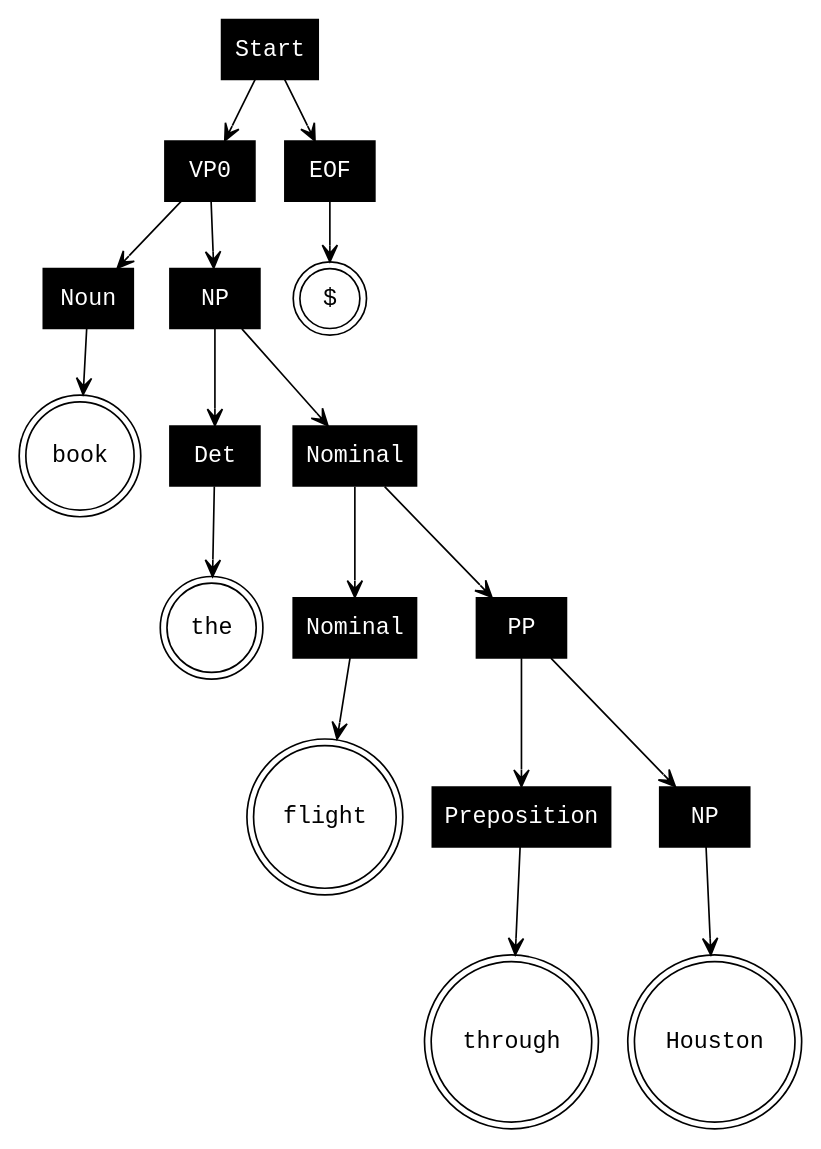
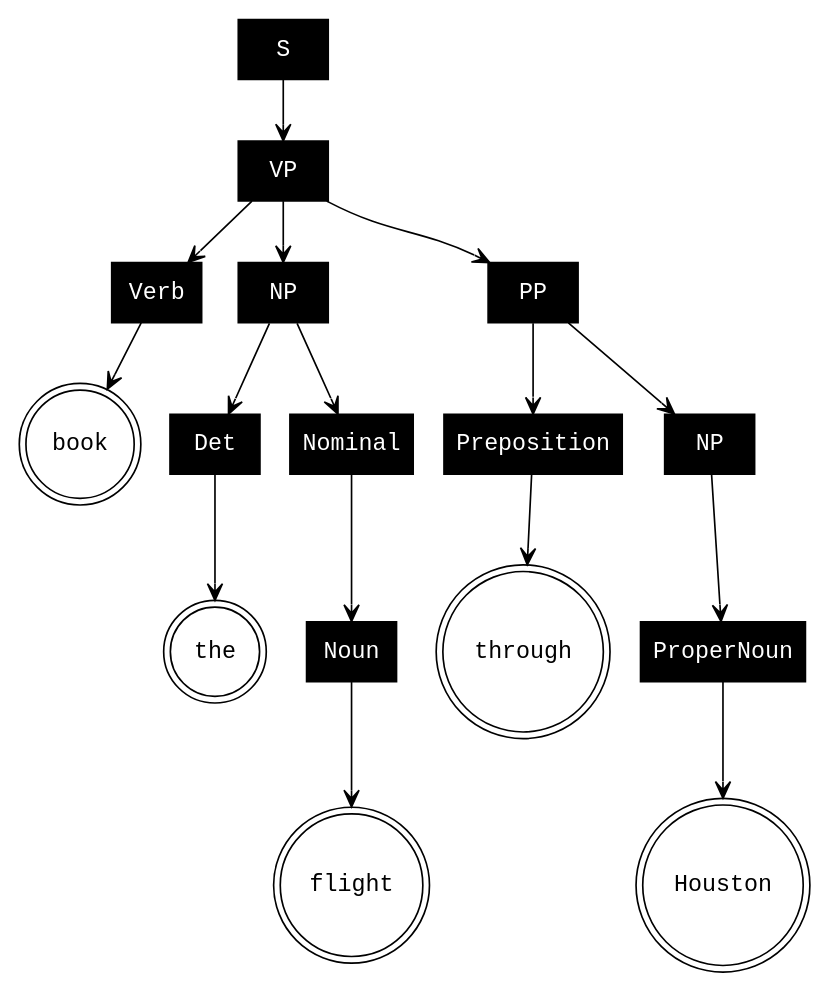
The diagram in graphs/tree.dot (erastus-murungi/parsers), drawn with Graphviz before and after one commit. The commit also changed 321 other files, not shown here.

```diff
--- a/graphs/tree.dot
+++ b/graphs/tree.dot
@@ -1,52 +1,49 @@
 digraph G {  graph [fontname = "Courier New", engine="sfdp"];
  node [fontname = "Courier", style = rounded];
  edge [fontname = "Courier"];
-4459339904:from_false -> 4459220480:from_node [arrowhead=vee] 
-4459220480:from_false -> 4458934400:from_node [arrowhead=vee] 
-4458934400:from_false -> 4459169040:from_node [arrowhead=vee] 
-4459220480:from_false -> 4459229056:from_node [arrowhead=vee] 
-4459229056:from_false -> 4459170944:from_node [arrowhead=vee] 
-4459170944:from_false -> 4459178192:from_node [arrowhead=vee] 
-4459229056:from_false -> 4459171968:from_node [arrowhead=vee] 
-4459171968:from_false -> 4459182272:from_node [arrowhead=vee] 
-4459182272:from_false -> 4459171728:from_node [arrowhead=vee] 
-4459171968:from_false -> 4459182144:from_node [arrowhead=vee] 
-4459182144:from_false -> 4459181504:from_node [arrowhead=vee] 
-4459181504:from_false -> 4459177808:from_node [arrowhead=vee] 
-4459182144:from_false -> 4459183936:from_node [arrowhead=vee] 
-4459183936:from_false -> 4459180496:from_node [arrowhead=vee] 
-4459339904:from_false -> 4458923968:from_node [arrowhead=vee] 
-4458923968:from_false -> 4459179856:from_node [arrowhead=vee] 
-   4459339904 [shape=record, style=filled, fillcolor=black, fontcolor=white, label="Start"];
-   4459220480 [shape=record, style=filled, fillcolor=black, fontcolor=white, label="VP0"];
-   4459220480 [shape=record, style=filled, fillcolor=black, fontcolor=white, label="VP0"];
-   4458934400 [shape=record, style=filled, fillcolor=black, fontcolor=white, label="Noun"];
-   4458934400 [shape=record, style=filled, fillcolor=black, fontcolor=white, label="Noun"];
-   4459169040 [shape=doublecircle, style=filled, fillcolor=white, fontcolor=black, label="book"];
-   4459220480 [shape=record, style=filled, fillcolor=black, fontcolor=white, label="VP0"];
-   4459229056 [shape=record, style=filled, fillcolor=black, fontcolor=white, label="NP"];
-   4459229056 [shape=record, style=filled, fillcolor=black, fontcolor=white, label="NP"];
-   4459170944 [shape=record, style=filled, fillcolor=black, fontcolor=white, label="Det"];
-   4459170944 [shape=record, style=filled, fillcolor=black, fontcolor=white, label="Det"];
-   4459178192 [shape=doublecircle, style=filled, fillcolor=white, fontcolor=black, label="the"];
-   4459229056 [shape=record, style=filled, fillcolor=black, fontcolor=white, label="NP"];
-   4459171968 [shape=record, style=filled, fillcolor=black, fontcolor=white, label="Nominal"];
-   4459171968 [shape=record, style=filled, fillcolor=black, fontcolor=white, label="Nominal"];
-   4459182272 [shape=record, style=filled, fillcolor=black, fontcolor=white, label="Nominal"];
-   4459182272 [shape=record, style=filled, fillcolor=black, fontcolor=white, label="Nominal"];
-   4459171728 [shape=doublecircle, style=filled, fillcolor=white, fontcolor=black, label="flight"];
-   4459171968 [shape=record, style=filled, fillcolor=black, fontcolor=white, label="Nominal"];
-   4459182144 [shape=record, style=filled, fillcolor=black, fontcolor=white, label="PP"];
-   4459182144 [shape=record, style=filled, fillcolor=black, fontcolor=white, label="PP"];
-   4459181504 [shape=record, style=filled, fillcolor=black, fontcolor=white, label="Preposition"];
-   4459181504 [shape=record, style=filled, fillcolor=black, fontcolor=white, label="Preposition"];
-   4459177808 [shape=doublecircle, style=filled, fillcolor=white, fontcolor=black, label="through"];
-   4459182144 [shape=record, style=filled, fillcolor=black, fontcolor=white, label="PP"];
-   4459183936 [shape=record, style=filled, fillcolor=black, fontcolor=white, label="NP"];
-   4459183936 [shape=record, style=filled, fillcolor=black, fontcolor=white, label="NP"];
-   4459180496 [shape=doublecircle, style=filled, fillcolor=white, fontcolor=black, label="Houston"];
-   4459339904 [shape=record, style=filled, fillcolor=black, fontcolor=white, label="Start"];
-   4458923968 [shape=record, style=filled, fillcolor=black, fontcolor=white, label="EOF"];
-   4458923968 [shape=record, style=filled, fillcolor=black, fontcolor=white, label="EOF"];
-   4459179856 [shape=doublecircle, style=filled, fillcolor=white, fontcolor=black, label="$"];
+4565149824:from_false -> 4565148736:from_node [arrowhead=vee] 
+4565148736:from_false -> 4565148992:from_node [arrowhead=vee] 
+4565148992:from_false -> 4561530832:from_node [arrowhead=vee] 
+4565148736:from_false -> 4565149056:from_node [arrowhead=vee] 
+4565149056:from_false -> 4565148928:from_node [arrowhead=vee] 
+4565148928:from_false -> 4564072080:from_node [arrowhead=vee] 
+4565149056:from_false -> 4565150592:from_node [arrowhead=vee] 
+4565150592:from_false -> 4565149120:from_node [arrowhead=vee] 
+4565149120:from_false -> 4564072016:from_node [arrowhead=vee] 
+4565148736:from_false -> 4565149696:from_node [arrowhead=vee] 
+4565149696:from_false -> 4565149248:from_node [arrowhead=vee] 
+4565149248:from_false -> 4564041808:from_node [arrowhead=vee] 
+4565149696:from_false -> 4565149888:from_node [arrowhead=vee] 
+4565149888:from_false -> 4565149184:from_node [arrowhead=vee] 
+4565149184:from_false -> 4563995856:from_node [arrowhead=vee] 
+   4565149824 [shape=record, style=filled, fillcolor=black, fontcolor=white, label="S"];
+   4565148736 [shape=record, style=filled, fillcolor=black, fontcolor=white, label="VP"];
+   4565148736 [shape=record, style=filled, fillcolor=black, fontcolor=white, label="VP"];
+   4565148992 [shape=record, style=filled, fillcolor=black, fontcolor=white, label="Verb"];
+   4565148992 [shape=record, style=filled, fillcolor=black, fontcolor=white, label="Verb"];
+   4561530832 [shape=doublecircle, style=filled, fillcolor=white, fontcolor=black, label="book"];
+   4565148736 [shape=record, style=filled, fillcolor=black, fontcolor=white, label="VP"];
+   4565149056 [shape=record, style=filled, fillcolor=black, fontcolor=white, label="NP"];
+   4565149056 [shape=record, style=filled, fillcolor=black, fontcolor=white, label="NP"];
+   4565148928 [shape=record, style=filled, fillcolor=black, fontcolor=white, label="Det"];
+   4565148928 [shape=record, style=filled, fillcolor=black, fontcolor=white, label="Det"];
+   4564072080 [shape=doublecircle, style=filled, fillcolor=white, fontcolor=black, label="the"];
+   4565149056 [shape=record, style=filled, fillcolor=black, fontcolor=white, label="NP"];
+   4565150592 [shape=record, style=filled, fillcolor=black, fontcolor=white, label="Nominal"];
+   4565150592 [shape=record, style=filled, fillcolor=black, fontcolor=white, label="Nominal"];
+   4565149120 [shape=record, style=filled, fillcolor=black, fontcolor=white, label="Noun"];
+   4565149120 [shape=record, style=filled, fillcolor=black, fontcolor=white, label="Noun"];
+   4564072016 [shape=doublecircle, style=filled, fillcolor=white, fontcolor=black, label="flight"];
+   4565148736 [shape=record, style=filled, fillcolor=black, fontcolor=white, label="VP"];
+   4565149696 [shape=record, style=filled, fillcolor=black, fontcolor=white, label="PP"];
+   4565149696 [shape=record, style=filled, fillcolor=black, fontcolor=white, label="PP"];
+   4565149248 [shape=record, style=filled, fillcolor=black, fontcolor=white, label="Preposition"];
+   4565149248 [shape=record, style=filled, fillcolor=black, fontcolor=white, label="Preposition"];
+   4564041808 [shape=doublecircle, style=filled, fillcolor=white, fontcolor=black, label="through"];
+   4565149696 [shape=record, style=filled, fillcolor=black, fontcolor=white, label="PP"];
+   4565149888 [shape=record, style=filled, fillcolor=black, fontcolor=white, label="NP"];
+   4565149888 [shape=record, style=filled, fillcolor=black, fontcolor=white, label="NP"];
+   4565149184 [shape=record, style=filled, fillcolor=black, fontcolor=white, label="ProperNoun"];
+   4565149184 [shape=record, style=filled, fillcolor=black, fontcolor=white, label="ProperNoun"];
+   4563995856 [shape=doublecircle, style=filled, fillcolor=white, fontcolor=black, label="Houston"];
 }
```
